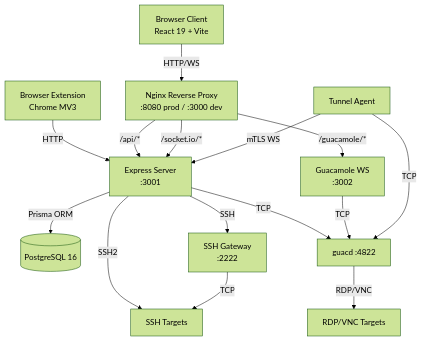
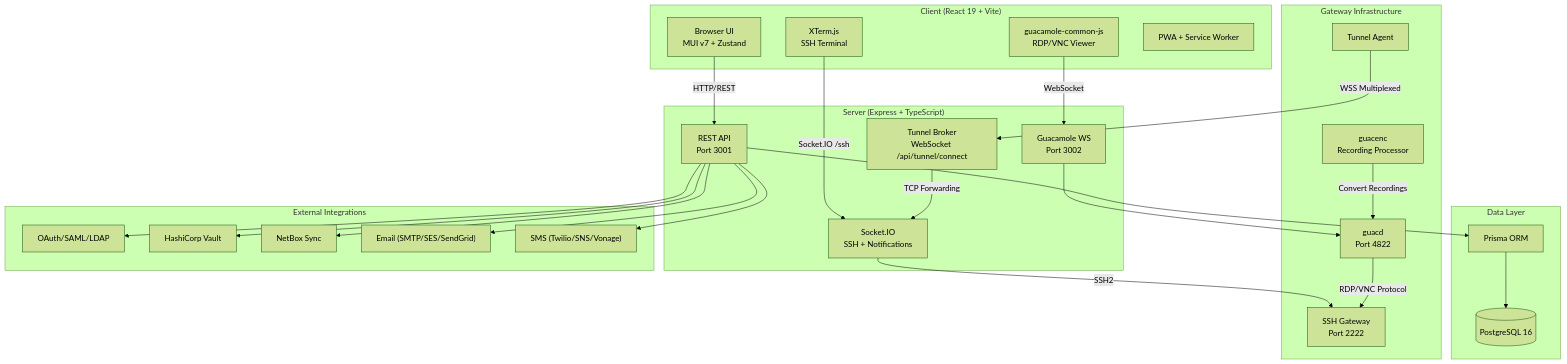
One commit to dnviti/remote-desktop-manager changed the first of 11 diagrams in docs/architecture.md. Above: the diagram before and after it, drawn with Mermaid (forest theme). The commit also changed other lines of this file and 9 other files, not shown here.

````diff
--- a/docs/architecture.md
+++ b/docs/architecture.md
@@ -22,24 +28,52 @@
 ```mermaid
 flowchart TD
-    Browser[Browser Client<br/>React 19 + Vite]
-    Extension[Browser Extension<br/>Chrome MV3]
+    subgraph Client["Client (React 19 + Vite)"]
+        UI["Browser UI<br/>MUI v7 + Zustand"]
+        XTerm["XTerm.js<br/>SSH Terminal"]
+        Guac["guacamole-common-js<br/>RDP/VNC Viewer"]
+        PWA["PWA + Service Worker"]
+    end
 
-    Browser -->|HTTP/WS| Nginx[Nginx Reverse Proxy<br/>:8080 prod / :3000 dev]
-    Extension -->|HTTP| Server
+    subgraph Server["Server (Express + TypeScript)"]
+        API["REST API<br/>Port 3001"]
+        SIO["Socket.IO<br/>SSH + Notifications"]
+        GuacWS["Guacamole WS<br/>Port 3002"]
+        TunnelBroker["Tunnel Broker<br/>WebSocket /api/tunnel/connect"]
+    end
 
-    Nginx -->|/api/*| Server[Express Server<br/>:3001]
-    Nginx -->|/socket.io/*| Server
-    Nginx -->|/guacamole/*| GuacWS[Guacamole WS<br/>:3002]
+    subgraph Data["Data Layer"]
+        DB[(PostgreSQL 16)]
+        Prisma["Prisma ORM"]
+    end
 
-    Server -->|Prisma ORM| DB[(PostgreSQL 16)]
-    Server -->|SSH2| SSHTarget[SSH Targets]
-    Server -->|TCP| Guacd[guacd :4822]
-    GuacWS -->|TCP| Guacd
-    Guacd -->|RDP/VNC| RemoteDesktops[RDP/VNC Targets]
+    subgraph Gateways["Gateway Infrastructure"]
+        GuacD["guacd<br/>Port 4822"]
+        SSHGw["SSH Gateway<br/>Port 2222"]
+        GuacEnc["guacenc<br/>Recording Processor"]
+        TunnelAgent["Tunnel Agent"]
+    end
 
-    Server -->|SSH| SSHGateway[SSH Gateway<br/>:2222]
-    SSHGateway -->|TCP| SSHTarget
+    subgraph External["External Integrations"]
+        OAuth["OAuth/SAML/LDAP"]
+        HCVault["HashiCorp Vault"]
+        NetBox["NetBox Sync"]
+        Email["Email (SMTP/SES/SendGrid)"]
+        SMS["SMS (Twilio/SNS/Vonage)"]
+    end
 
-    TunnelAgent[Tunnel Agent] -->|mTLS WS| Server
-    TunnelAgent -->|TCP| Guacd
+    UI -->|HTTP/REST| API
+    XTerm -->|Socket.IO /ssh| SIO
+    Guac -->|WebSocket| GuacWS
+    API --> Prisma --> DB
+    SIO -->|SSH2| SSHGw
+    GuacWS --> GuacD
+    GuacD -->|RDP/VNC Protocol| SSHGw
+    TunnelAgent -->|WSS Multiplexed| TunnelBroker
+    TunnelBroker -->|TCP Forwarding| SIO
+    API --> OAuth
+    API --> HCVault
+    API --> NetBox
+    API --> Email
+    API --> SMS
+    GuacEnc -->|Convert Recordings| GuacD
 ```
````
